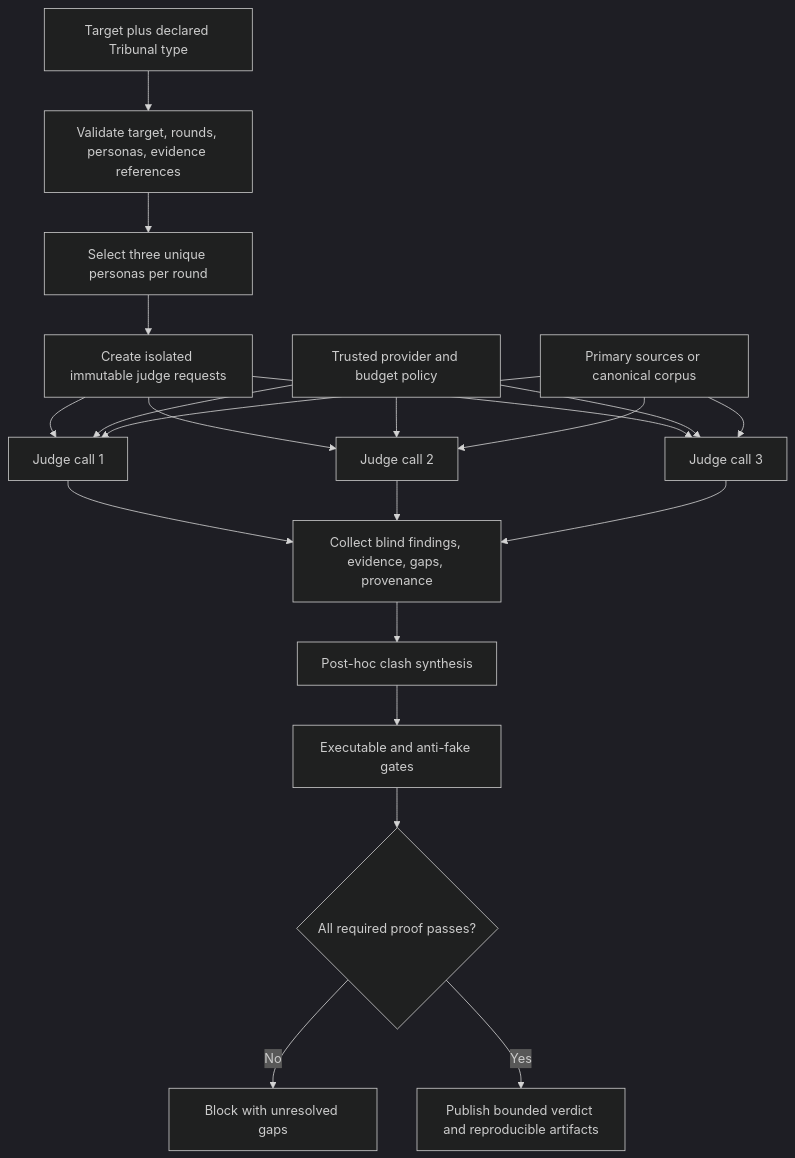
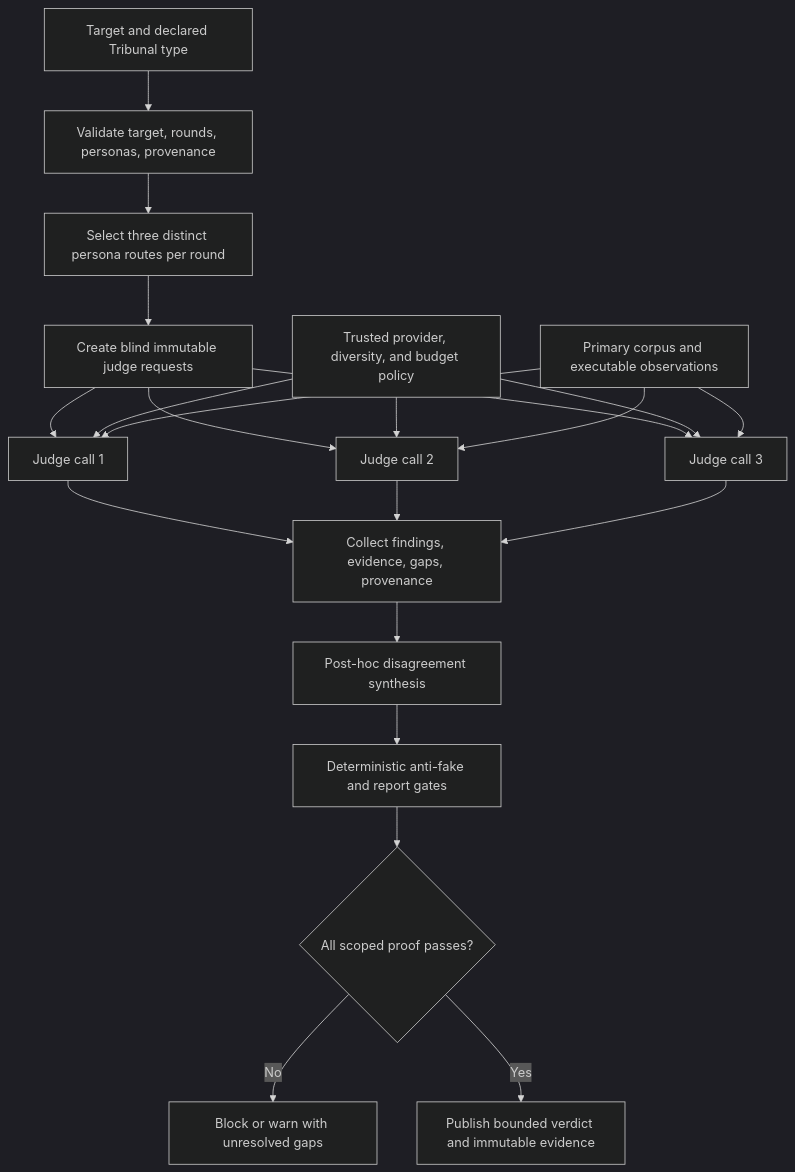
One commit to Martin-Hausleitner/tribunal-public changed the diagram in report/codex-trib-lib-tribunal.md. Above: the diagram before and after it, drawn with Mermaid (dark theme). The commit also changed other lines of this file and 3 other files, not shown here.

````diff
--- a/report/codex-trib-lib-tribunal.md
+++ b/report/codex-trib-lib-tribunal.md
@@ -272,23 +264,23 @@
 ```mermaid
 flowchart TD
-    A[Target plus declared Tribunal type] --> B[Validate target, rounds, personas, evidence references]
-    B --> C[Select three unique personas per round]
-    C --> D[Create isolated immutable judge requests]
+    A[Target and declared Tribunal type] --> B[Validate target, rounds, personas, provenance]
+    B --> C[Select three distinct persona routes per round]
+    C --> D[Create blind immutable judge requests]
     D --> E1[Judge call 1]
     D --> E2[Judge call 2]
     D --> E3[Judge call 3]
-    P[Trusted provider and budget policy] --> E1
+    P[Trusted provider, diversity, and budget policy] --> E1
     P --> E2
     P --> E3
-    N[Primary sources or canonical corpus] --> E1
+    N[Primary corpus and executable observations] --> E1
     N --> E2
     N --> E3
-    E1 --> F[Collect blind findings, evidence, gaps, provenance]
+    E1 --> F[Collect findings, evidence, gaps, provenance]
     E2 --> F
     E3 --> F
-    F --> G[Post-hoc clash synthesis]
-    G --> H[Executable and anti-fake gates]
-    H --> I{All required proof passes?}
-    I -- No --> J[Block with unresolved gaps]
-    I -- Yes --> K[Publish bounded verdict and reproducible artifacts]
+    F --> G[Post-hoc disagreement synthesis]
+    G --> H[Deterministic anti-fake and report gates]
+    H --> I{All scoped proof passes?}
+    I -- No --> J[Block or warn with unresolved gaps]
+    I -- Yes --> K[Publish bounded verdict and immutable evidence]
 ```
````
